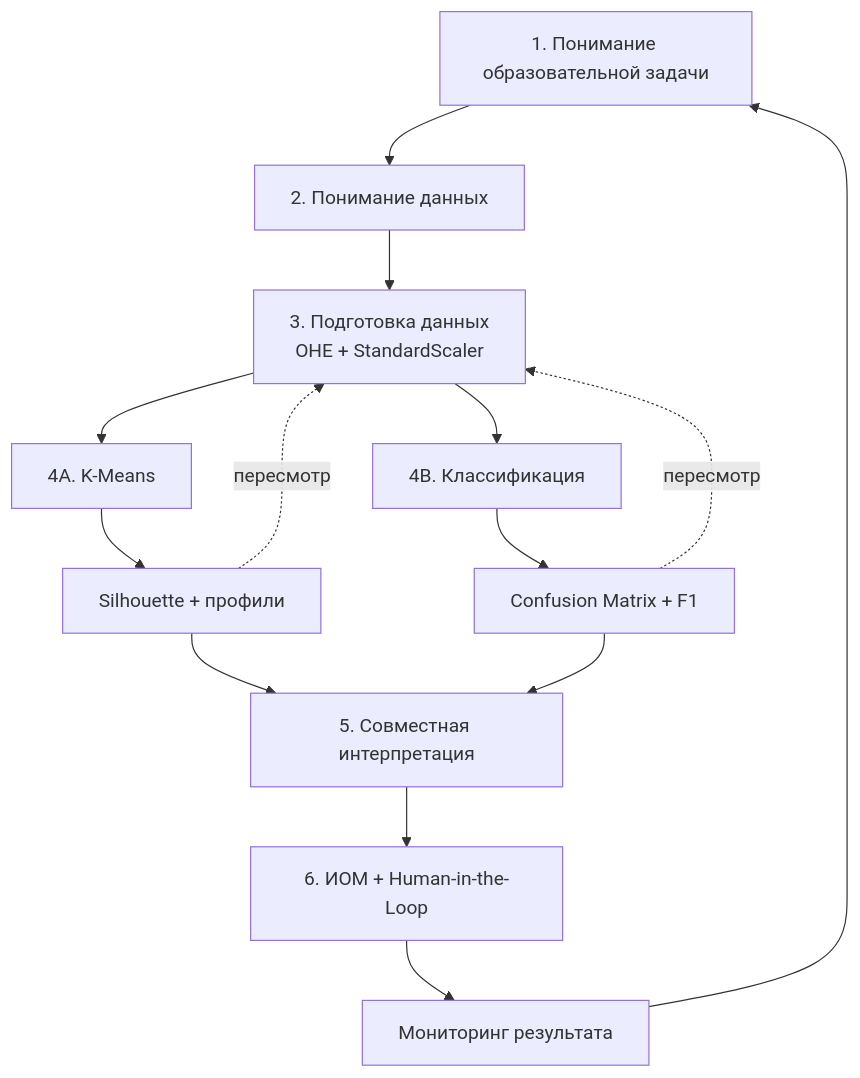
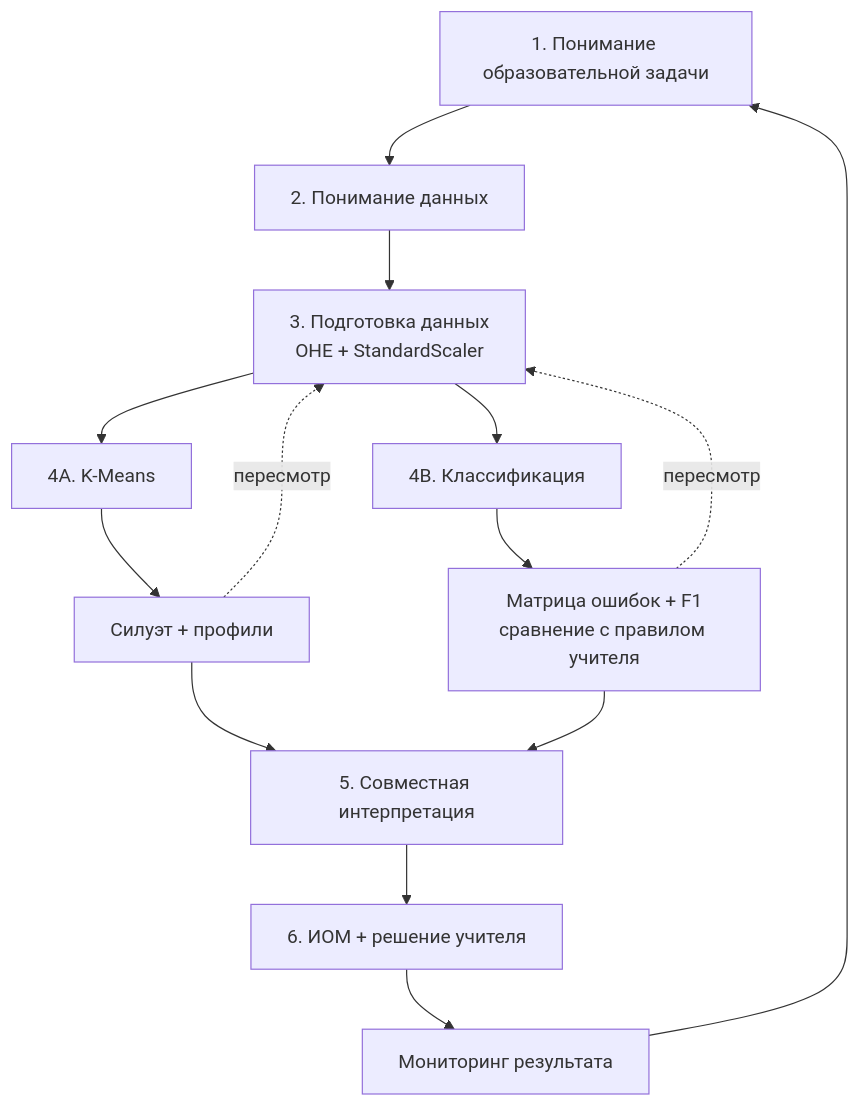
One commit to BosenkoTM/Big-data-analysis-methods changed the first of 2 diagrams in 2026/lw/lw_02/lw_02.md. Above: the diagram before and after it, drawn with Mermaid. The commit also changed other lines of this file, not shown here.

````diff
--- a/2026/lw/lw_02/lw_02.md
+++ b/2026/lw/lw_02/lw_02.md
@@ -44,16 +85,16 @@
 ```mermaid
 flowchart TD
     A[1. Понимание образовательной задачи] --> B[2. Понимание данных]
     B --> C[3. Подготовка данных<br/>OHE + StandardScaler]
     C --> D1[4A. K-Means]
     C --> D2[4B. Классификация]
-    D1 --> E1[Silhouette + профили]
-    D2 --> E2[Confusion Matrix + F1]
+    D1 --> E1[Силуэт + профили]
+    D2 --> E2[Матрица ошибок + F1<br/>сравнение с правилом учителя]
     E1 --> F[5. Совместная интерпретация]
     E2 --> F
-    F --> G[6. ИОМ + Human-in-the-Loop]
+    F --> G[6. ИОМ + решение учителя]
     G --> H[Мониторинг результата]
     H --> A
     E1 -. пересмотр .-> C
     E2 -. пересмотр .-> C
 ```
````
